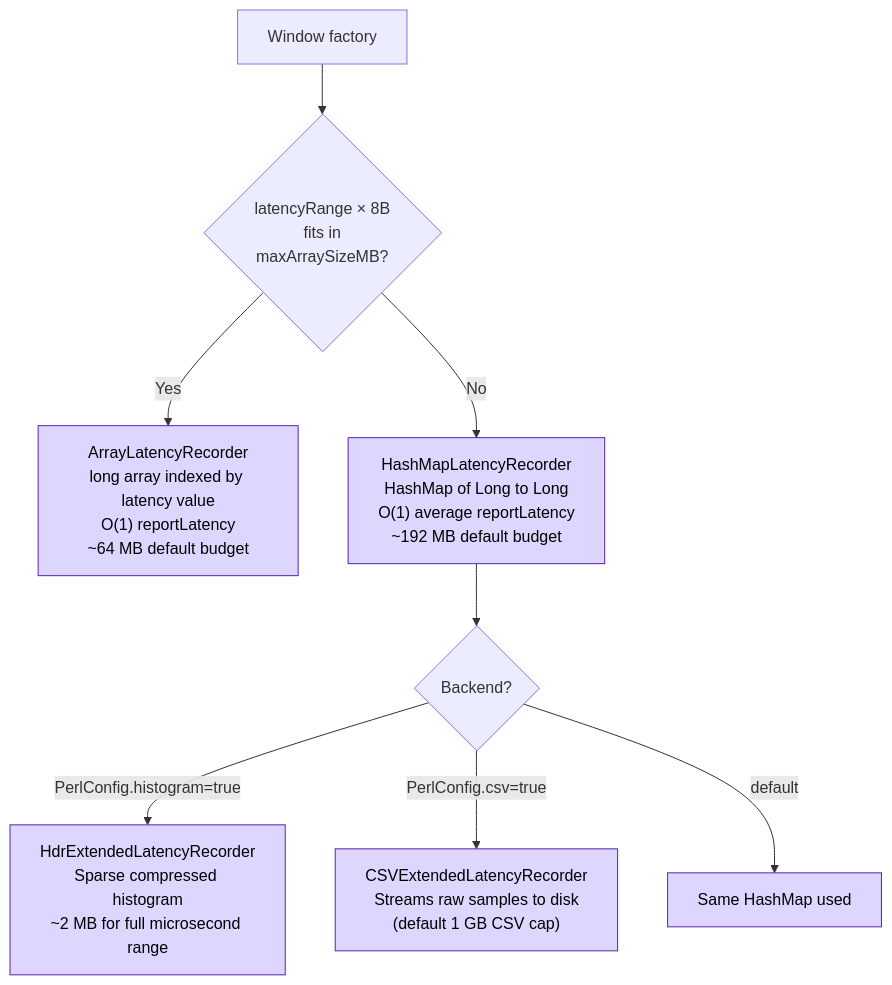
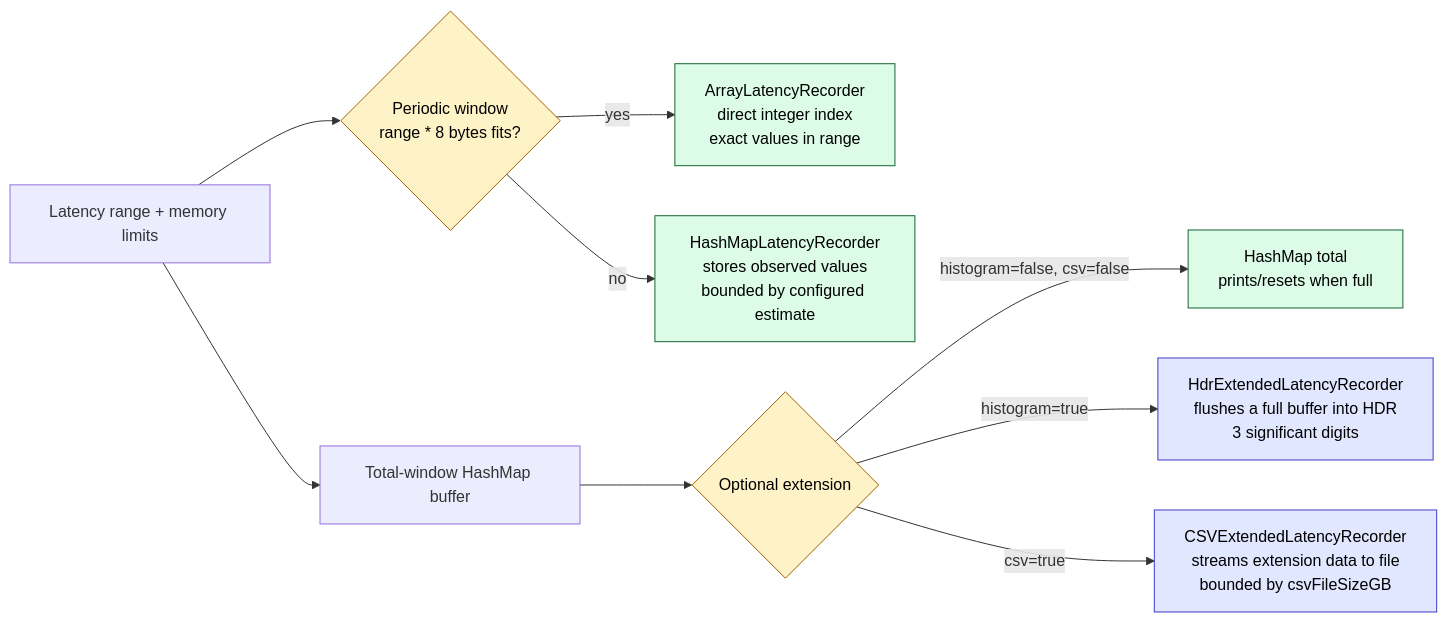
The tenth of 36 diagrams in docs/sbk-internals.md (kmgowda/SBK), drawn with Mermaid before and after one commit. The commit also changed other lines of this file and 1 other file, not shown here.

Commit message:
Improve SBK internals architecture guide

````diff
--- a/docs/sbk-internals.md
+++ b/docs/sbk-internals.md
@@ -551,14 +784,19 @@
 ```mermaid
-flowchart TD
-    START["Window factory"] --> Q1{"latencyRange × 8B<br/>fits in<br/>maxArraySizeMB?"}
-    Q1 -->|Yes| ARR["ArrayLatencyRecorder<br/>long array indexed by latency value<br/>O(1) reportLatency<br/>~64 MB default budget"]
-    Q1 -->|No| HM["HashMapLatencyRecorder<br/>HashMap of Long to Long<br/>O(1) average reportLatency<br/>~192 MB default budget"]
+flowchart LR
+    CFG["Latency range + memory limits"] --> PERIODIC{"Periodic window<br/>range * 8 bytes fits?"}
+    PERIODIC -->|yes| ARRAY["ArrayLatencyRecorder<br/>direct integer index<br/>exact values in range"]
+    PERIODIC -->|no| MAP["HashMapLatencyRecorder<br/>stores observed values<br/>bounded by configured estimate"]
 
-    HM --> EXT{"Backend?"}
-    EXT -->|"PerlConfig.histogram=true"| HDR["HdrExtendedLatencyRecorder<br/>Sparse compressed histogram<br/>~2 MB for full microsecond range"]
-    EXT -->|"PerlConfig.csv=true"| CSV["CSVExtendedLatencyRecorder<br/>Streams raw samples to disk<br/>(default 1 GB CSV cap)"]
-    EXT -->|default| NONE["Same HashMap used"]
+    CFG --> TOTAL["Total-window HashMap buffer"]
+    TOTAL --> MODE{"Optional extension"}
+    MODE -->|histogram=false, csv=false| MAPTOTAL["HashMap total<br/>prints/resets when full"]
+    MODE -->|histogram=true| HDR["HdrExtendedLatencyRecorder<br/>flushes a full buffer into HDR<br/>3 significant digits"]
+    MODE -->|csv=true| CSV["CSVExtendedLatencyRecorder<br/>streams extension data to file<br/>bounded by csvFileSizeGB"]
 
-    classDef impl fill:#ddd6fe,stroke:#5b21b6,color:#000
-    class ARR,HM,HDR,CSV,NONE impl
+    classDef decision fill:#fef3c7,stroke:#a16207,color:#000
+    classDef exact fill:#dcfce7,stroke:#166534,color:#000
+    classDef bounded fill:#e0e7ff,stroke:#4338ca,color:#000
+    class PERIODIC,MODE decision
+    class ARRAY,MAP,MAPTOTAL exact
+    class HDR,CSV bounded
 ```
````
